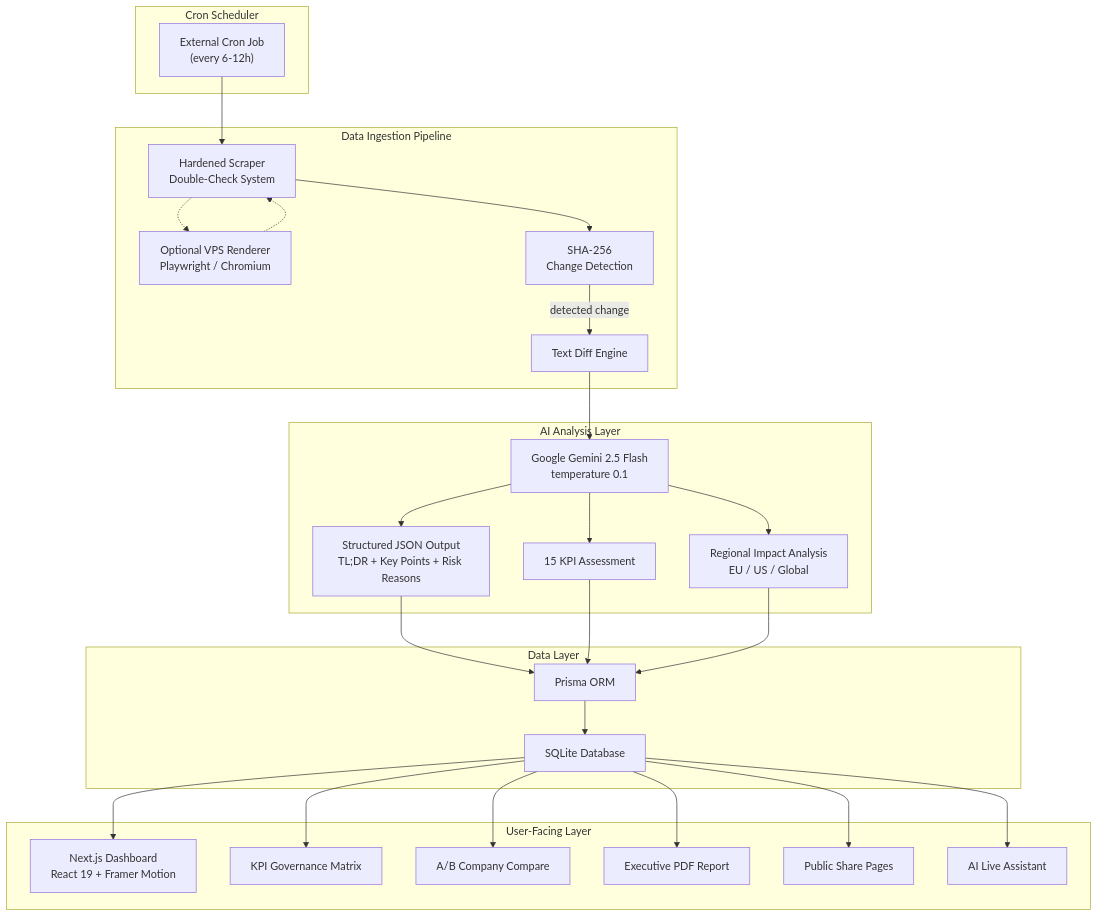
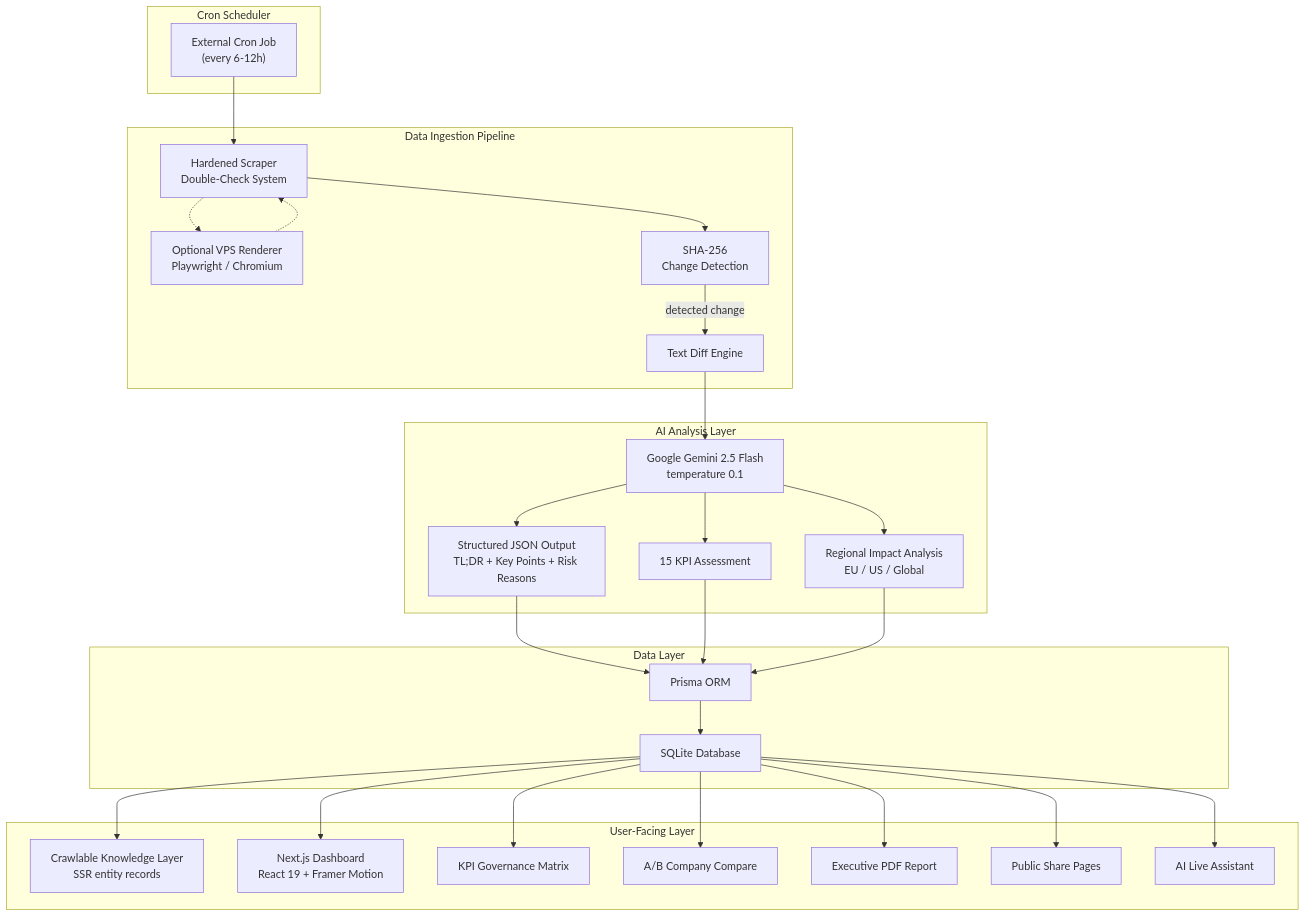
Before and after one commit to sev7enITA/policywatcher: the first of 4 diagrams in README.md, drawn with Mermaid. The commit also changed other lines of this file and 917 other files, not shown here.

````diff
--- a/README.md
+++ b/README.md
@@ -143,45 +535,46 @@
 ```mermaid
 flowchart TB
     subgraph Scheduling["Cron Scheduler"]
         CRON["External Cron Job<br/>(every 6-12h)"]
     end
 
     subgraph Ingestion["Data Ingestion Pipeline"]
         SCRAPER["Hardened Scraper<br/>Double-Check System"]
         RENDERER["Optional VPS Renderer<br/>Playwright / Chromium"]
         HASH["SHA-256<br/>Change Detection"]
         DIFF["Text Diff Engine"]
     end
 
     subgraph AI["AI Analysis Layer"]
         GEMINI["Google Gemini 2.5 Flash<br/>temperature 0.1"]
         STRUCT["Structured JSON Output<br/>TL;DR + Key Points + Risk Reasons"]
         KPI["15 KPI Assessment"]
         REGION["Regional Impact Analysis<br/>EU / US / Global"]
     end
 
     subgraph Storage["Data Layer"]
         PRISMA["Prisma ORM"]
         SQLITE["SQLite Database"]
     end
 
     subgraph Delivery["User-Facing Layer"]
+        KNOWLEDGE["Crawlable Knowledge Layer<br/>SSR entity records"]
         DASH["Next.js Dashboard<br/>React 19 + Framer Motion"]
         MATRIX["KPI Governance Matrix"]
         COMPARE["A/B Company Compare"]
         PDF["Executive PDF Report"]
         SHARE["Public Share Pages"]
         CHAT["AI Live Assistant"]
     end
 
     CRON --> SCRAPER
     SCRAPER -.-> RENDERER
     RENDERER -.-> SCRAPER
     SCRAPER --> HASH
     HASH -->|detected change| DIFF
     DIFF --> GEMINI
     GEMINI --> STRUCT & KPI & REGION
     STRUCT & KPI & REGION --> PRISMA
     PRISMA --> SQLITE
-    SQLITE --> DASH & MATRIX & COMPARE & PDF & SHARE & CHAT
+    SQLITE --> KNOWLEDGE & DASH & MATRIX & COMPARE & PDF & SHARE & CHAT
 ```
````
